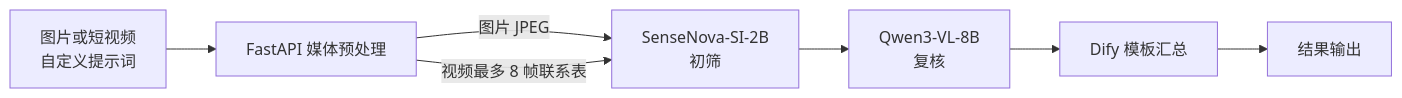
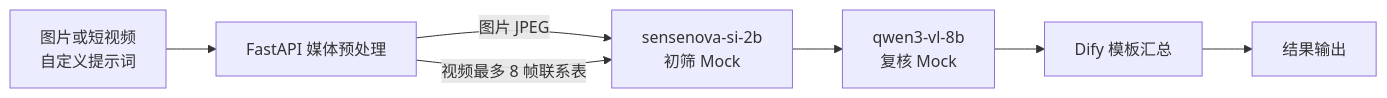
The diagram in docs/architecture.md (yousizaitianqiong/vision-dual-model-workflow), drawn with Mermaid before and after one commit. The commit also changed other lines of this file and 7 other files, not shown here.

````diff
--- a/docs/architecture.md
+++ b/docs/architecture.md
@@ -19,9 +21,9 @@
 ```mermaid
 flowchart LR
     A[图片或短视频<br/>自定义提示词] --> B[FastAPI 媒体预处理]
-    B -->|图片 JPEG| C[SenseNova-SI-2B<br/>初筛]
+    B -->|图片 JPEG| C[sensenova-si-2b<br/>初筛 Mock]
     B -->|视频最多 8 帧联系表| C
-    C --> D[Qwen3-VL-8B<br/>复核]
+    C --> D[qwen3-vl-8b<br/>复核 Mock]
     D --> E[Dify 模板汇总]
     E --> F[结果输出]
 ```
````
